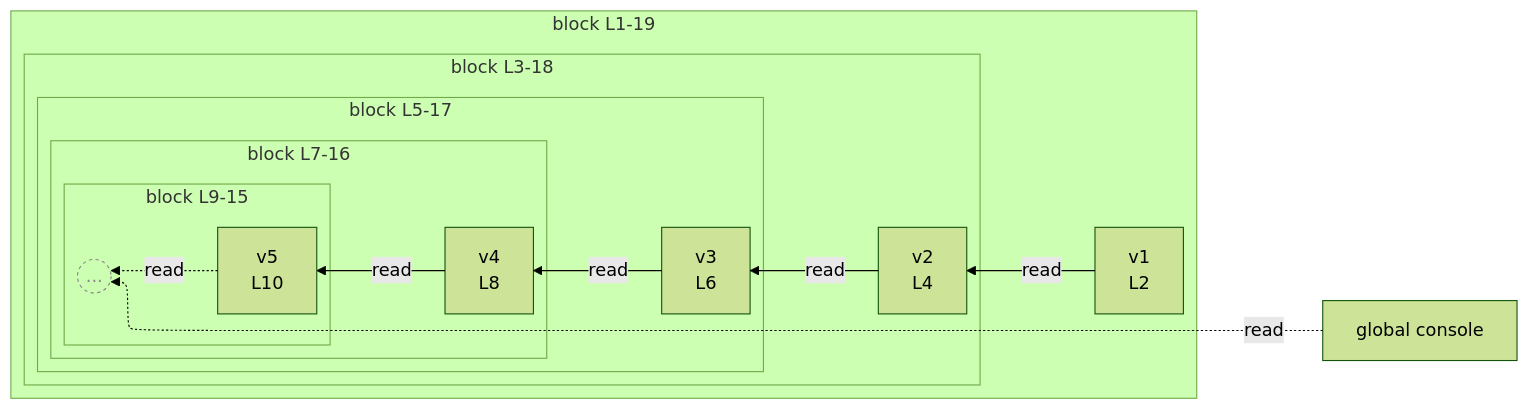
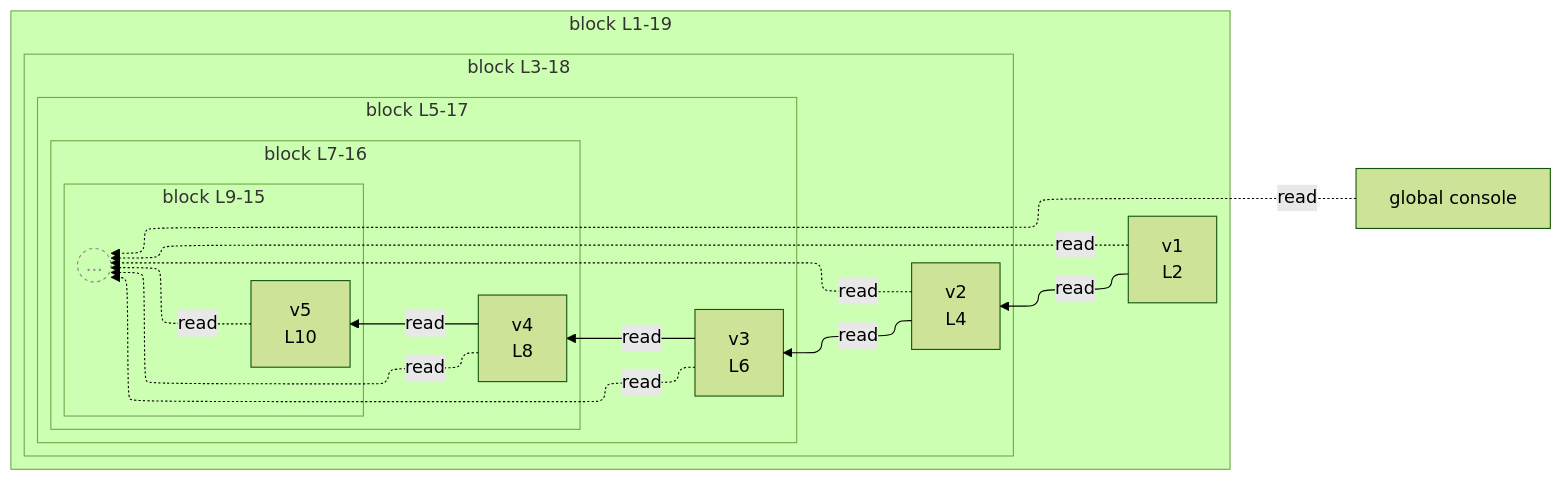
One commit to crescware/unsnarl changed the diagram in integration/fixtures/app-behavior/depth/block/depth-5/preview.md. Above: the diagram before and after it, drawn with Mermaid (forest theme). The commit also changed other lines of this file and 22 other files, not shown here.

````diff
--- a/integration/fixtures/app-behavior/depth/block/depth-5/preview.md
+++ b/integration/fixtures/app-behavior/depth/block/depth-5/preview.md
@@ -29,34 +29,38 @@
 ```mermaid
 %%{init: {"flowchart": {"defaultRenderer": "elk"}}}%%
 flowchart RL
   n_scope_0_console_185["global console"]
   subgraph s_scope_1["block L1-19"]
     direction RL
     n_scope_1_v1_10["v1<br/>L2"]
     subgraph s_scope_2["block L3-18"]
       direction RL
       n_scope_2_v2_32["v2<br/>L4"]
       subgraph s_scope_3["block L5-17"]
         direction RL
         n_scope_3_v3_59["v3<br/>L6"]
         subgraph s_scope_4["block L7-16"]
           direction RL
           n_scope_4_v4_90["v4<br/>L8"]
           subgraph s_scope_5["block L9-15"]
             direction RL
             n_scope_5_v5_125["v5<br/>L10"]
             beyond_depth_s_scope_5((...))
           end
         end
       end
     end
   end
   n_scope_1_v1_10 -->|read| n_scope_2_v2_32
   n_scope_2_v2_32 -->|read| n_scope_3_v3_59
   n_scope_3_v3_59 -->|read| n_scope_4_v4_90
   n_scope_4_v4_90 -->|read| n_scope_5_v5_125
   n_scope_5_v5_125 -.->|read| beyond_depth_s_scope_5
   n_scope_0_console_185 -.->|read| beyond_depth_s_scope_5
+  n_scope_1_v1_10 -.->|read| beyond_depth_s_scope_5
+  n_scope_2_v2_32 -.->|read| beyond_depth_s_scope_5
+  n_scope_3_v3_59 -.->|read| beyond_depth_s_scope_5
+  n_scope_4_v4_90 -.->|read| beyond_depth_s_scope_5
   classDef boundaryStub fill:transparent,stroke:#888,stroke-dasharray:3 3,color:#888;
   class beyond_depth_s_scope_5 boundaryStub;
 ```
````
